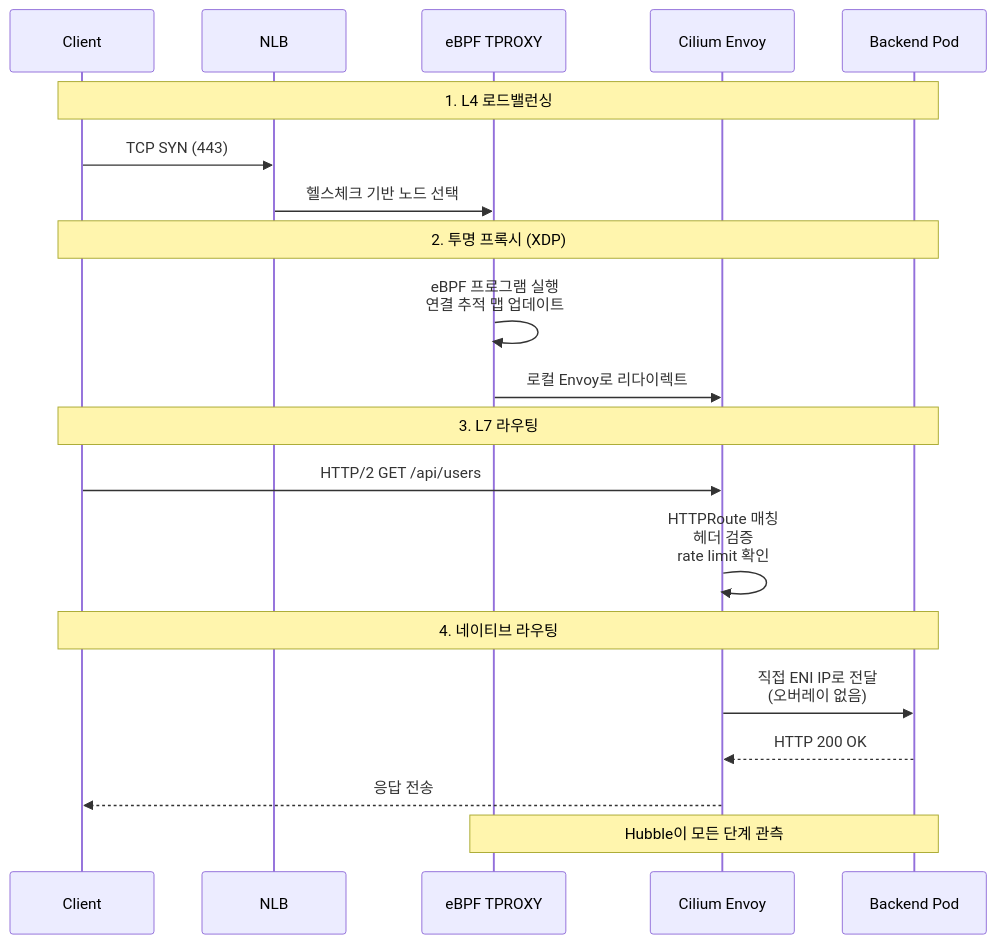
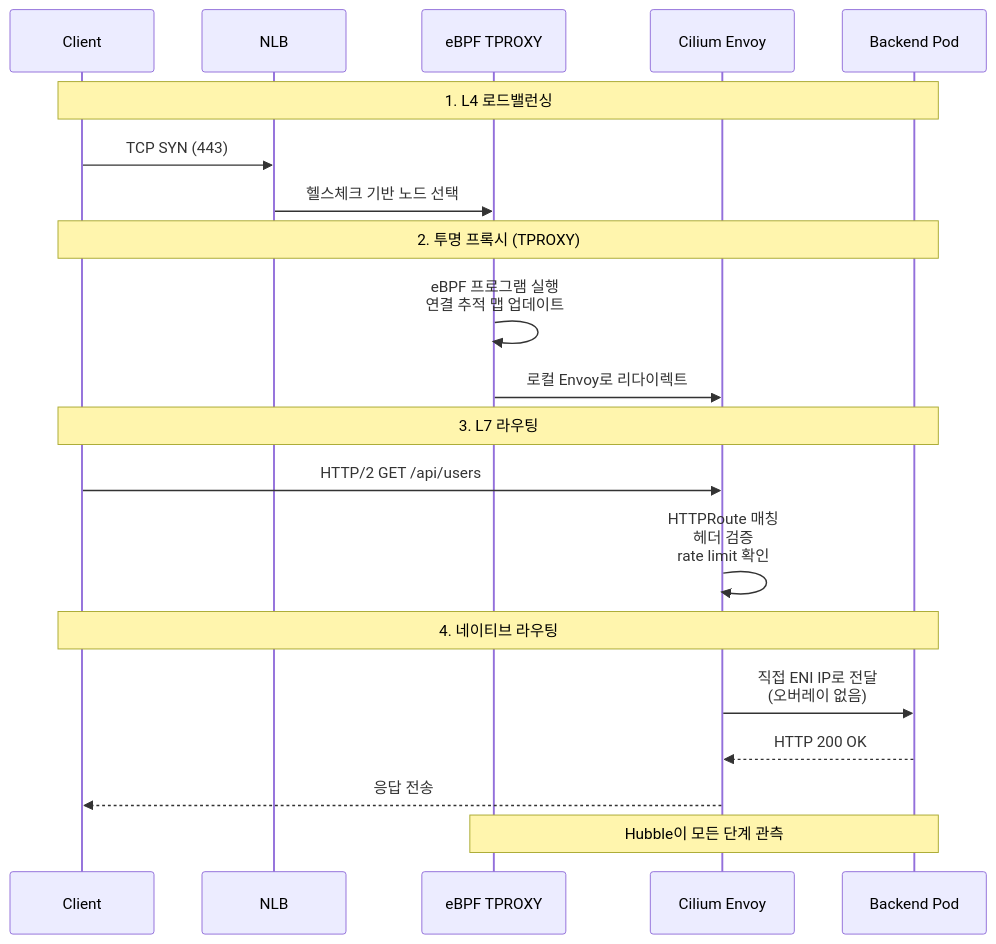
Before and after one commit to devfloor9/engineering-playbook: the third of 6 diagrams in docs/eks-best-practices/networking-performance/gateway-api-adoption-guide/cilium-eni-gateway-api.md, drawn with Mermaid. The commit also changed other lines of this file and 7 other files, not shown here.

````diff
--- a/docs/eks-best-practices/networking-performance/gateway-api-adoption-guide/cilium-eni-gateway-api.md
+++ b/docs/eks-best-practices/networking-performance/gateway-api-adoption-guide/cilium-eni-gateway-api.md
@@ -185,27 +185,27 @@
 ```mermaid
 sequenceDiagram
     participant C as Client
     participant NLB as NLB
     participant TPROXY as eBPF TPROXY
     participant ENVOY as Cilium Envoy
     participant POD as Backend Pod
 
     Note over C,POD: 1. L4 로드밸런싱
     C->>NLB: TCP SYN (443)
     NLB->>TPROXY: 헬스체크 기반 노드 선택
 
-    Note over C,POD: 2. 투명 프록시 (XDP)
+    Note over C,POD: 2. 투명 프록시 (TPROXY)
     TPROXY->>TPROXY: eBPF 프로그램 실행<br/>연결 추적 맵 업데이트
     TPROXY->>ENVOY: 로컬 Envoy로 리다이렉트
 
     Note over C,POD: 3. L7 라우팅
     C->>ENVOY: HTTP/2 GET /api/users
     ENVOY->>ENVOY: HTTPRoute 매칭<br/>헤더 검증<br/>rate limit 확인
 
     Note over C,POD: 4. 네이티브 라우팅
     ENVOY->>POD: 직접 ENI IP로 전달<br/>(오버레이 없음)
     POD-->>ENVOY: HTTP 200 OK
     ENVOY-->>C: 응답 전송
 
     Note over TPROXY,POD: Hubble이 모든 단계 관측
 ```
````
